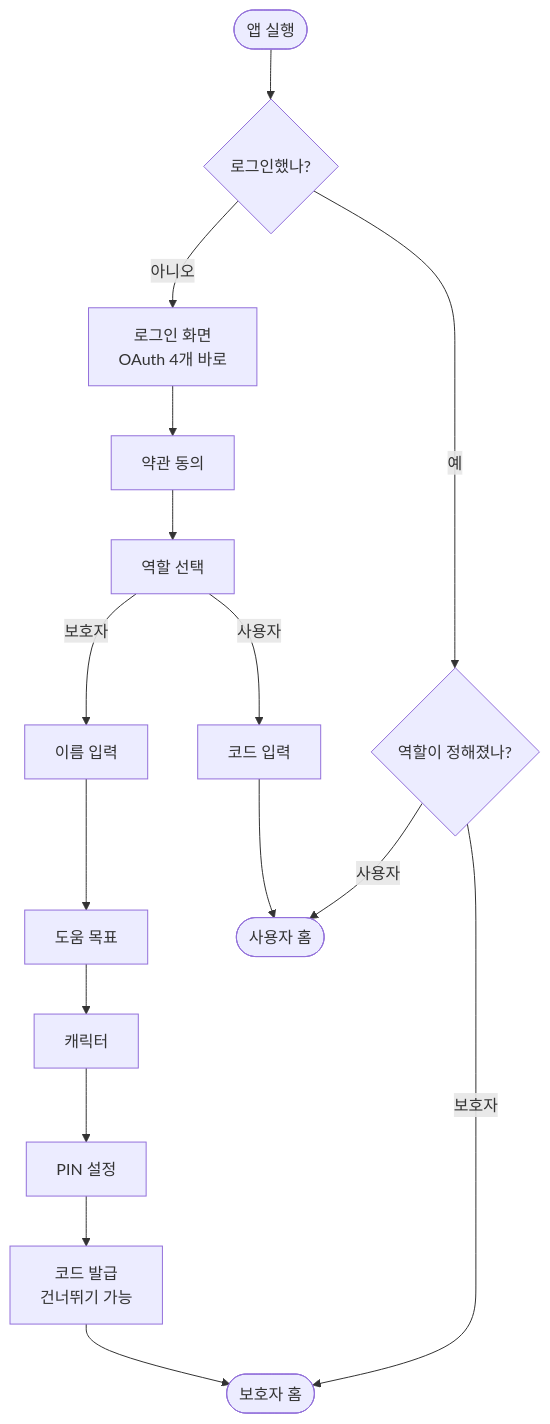
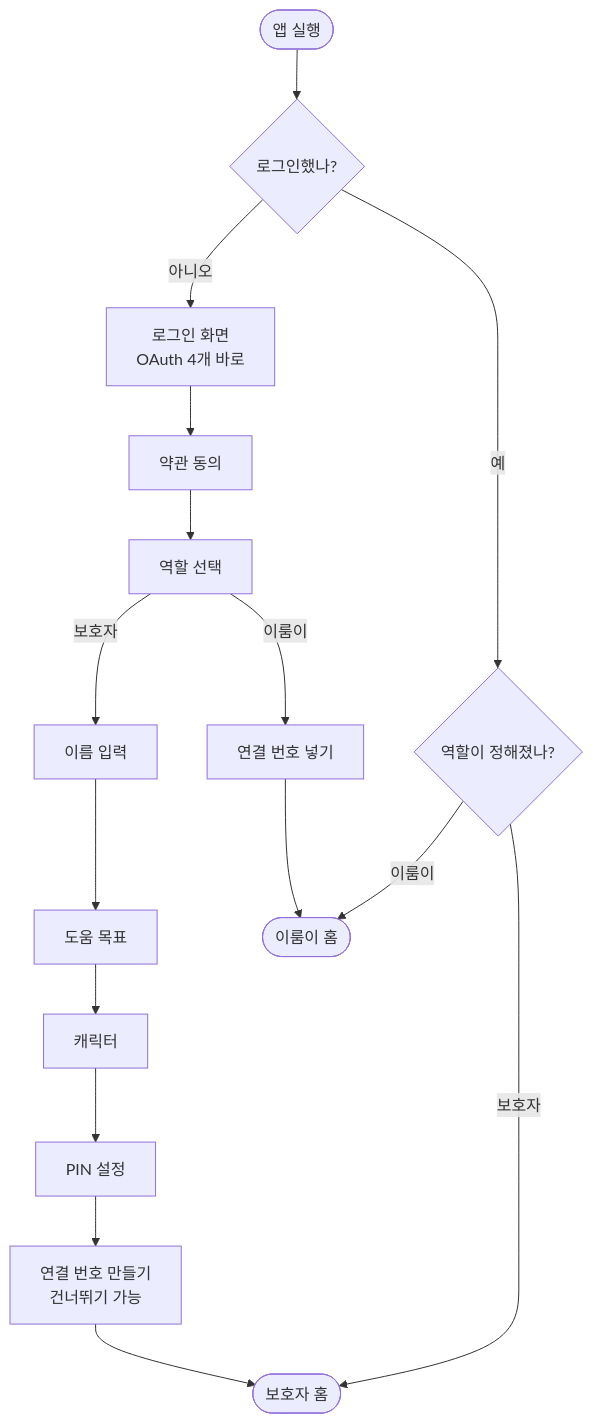
Before and after one commit to Twin-Fang/elum: the first of 4 diagrams in docs/superpowers/specs/2026-09-18-화면-전체명세.md, drawn with Mermaid. The commit also changed other lines of this file and 3 other files, not shown here.

````diff
--- a/docs/superpowers/specs/2026-09-18-화면-전체명세.md
+++ b/docs/superpowers/specs/2026-09-18-화면-전체명세.md
@@ -161,16 +164,16 @@
 ```mermaid
 flowchart TD
     A([앱 실행]) --> B{로그인했나?}
     B -->|아니오| C[로그인 화면<br/>OAuth 4개 바로]
     B -->|예| D{역할이 정해졌나?}
     C --> E[약관 동의]
     E --> F[역할 선택]
     F -->|보호자| G[이름 입력]
-    F -->|사용자| H[코드 입력]
+    F -->|이룸이| H[연결 번호 넣기]
     G --> I[도움 목표] --> J[캐릭터] --> K[PIN 설정]
-    K --> L[코드 발급<br/>건너뛰기 가능]
+    K --> L[연결 번호 만들기<br/>건너뛰기 가능]
     L --> M([보호자 홈])
-    H --> N([사용자 홈])
+    H --> N([이룸이 홈])
     D -->|보호자| M
-    D -->|사용자| N
+    D -->|이룸이| N
 ```
````
